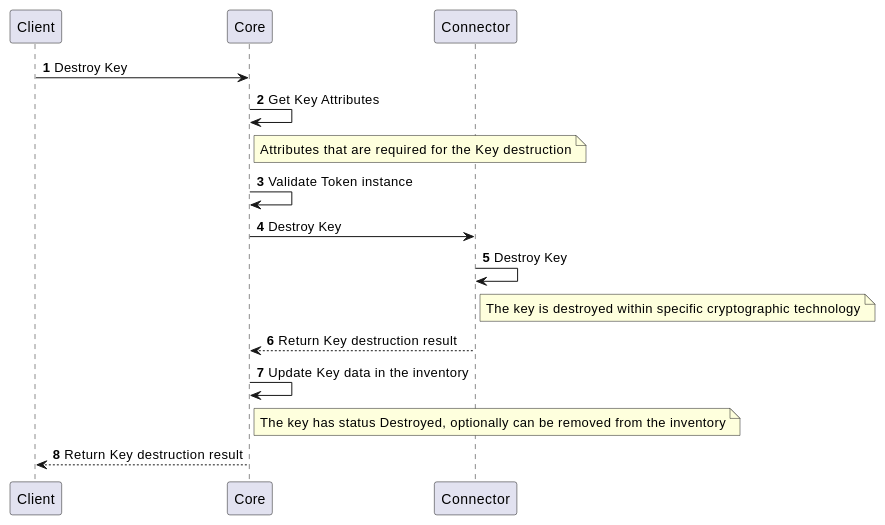
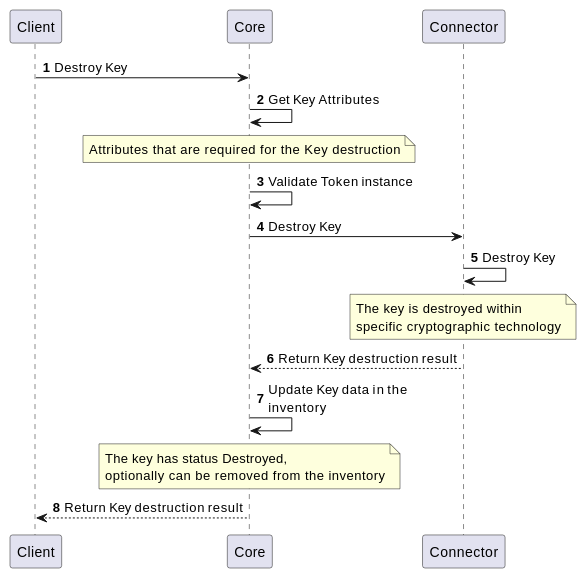
One commit to CZERTAINLY/CZERTAINLY-Documentation changed the tenth of 15 diagrams in docs/12-connectors/05-description/35-cryptography-provider.md. Above: the diagram before and after it, drawn with PlantUML. The commit also changed other lines of this file, not shown here.

Commit message:
Update cryptographic operation processes

````diff
--- a/docs/12-connectors/05-description/35-cryptography-provider.md
+++ b/docs/12-connectors/05-description/35-cryptography-provider.md
@@ -241,17 +281,24 @@
 ```plantuml
     @startuml
     autonumber
+    skinparam maxMessageSize 200
     skinparam topurl https://docs.czertainly.com/api/
         Client -> Core [[core-key/#tag/Key-Management-API/operation/destroyKey]]: Destroy Key
         Core -> Core: Get Key Attributes
-        note right Core: Attributes that are required for the Key destruction
+        note over Core: Attributes that are required for the Key destruction
         Core -> Core: Validate Token instance
         Core -> Connector [[connector-cryptography-provider/#tag/Key-Management-API/operation/destroyKey]]: Destroy Key
         Connector -> Connector: Destroy Key
-        note right of Connector: The key is destroyed within specific cryptographic technology
+        note over Connector
+        The key is destroyed within
+        specific cryptographic technology
+        end note
         Connector --> Core: Return Key destruction result
         Core -> Core : Update Key data in the inventory
-        note right of Core: The key has status Destroyed, optionally can be removed from the inventory
+        note over Core
+        The key has status Destroyed,
+        optionally can be removed from the inventory
+        end note
         Core --> Client: Return Key destruction result
     @enduml
 ```
````
